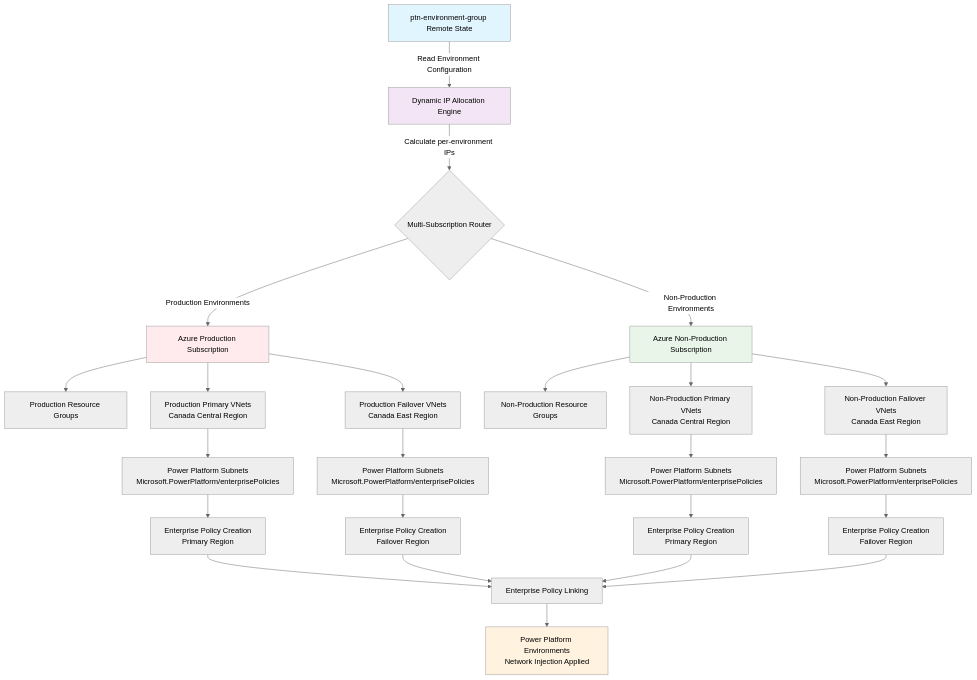
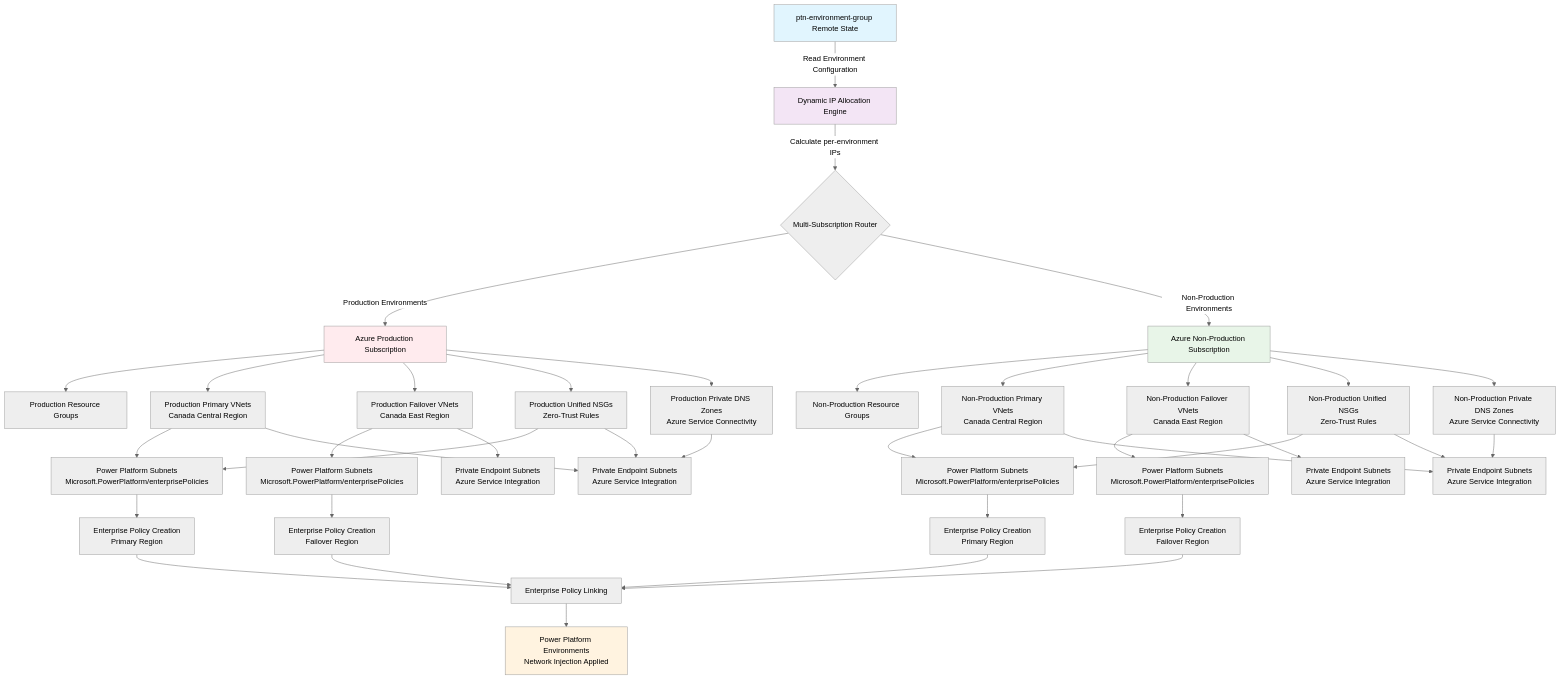
One commit to rpothin/ppcc25-terraform-power-platform-governance changed the first of 2 diagrams in configurations/ptn-azure-vnet-extension/_header.md. Above: the diagram before and after it, drawn with Mermaid (neutral theme). The commit also changed other lines of this file and 1 other file, not shown here.

Commit message:
feat: enhance documentation with zero-trust networking and private DNS zone details

````diff
--- a/configurations/ptn-azure-vnet-extension/_header.md
+++ b/configurations/ptn-azure-vnet-extension/_header.md
@@ -7,39 +7,56 @@
 ```mermaid
 graph TD
     A[ptn-environment-group Remote State] -->|"Read Environment Configuration"| B[Dynamic IP Allocation Engine]
     B -->|"Calculate per-environment IPs"| C{Multi-Subscription Router}
     
     C -->|"Production Environments"| D1[Azure Production Subscription]
     C -->|"Non-Production Environments"| D2[Azure Non-Production Subscription]
     
     D1 --> E1[Production Resource Groups]
     D1 --> F1[Production Primary VNets<br/>Canada Central Region]
     D1 --> G1[Production Failover VNets<br/>Canada East Region]
+    D1 --> N1[Production Unified NSGs<br/>Zero-Trust Rules]
+    D1 --> P1[Production Private DNS Zones<br/>Azure Service Connectivity]
     
     D2 --> E2[Non-Production Resource Groups]  
     D2 --> F2[Non-Production Primary VNets<br/>Canada Central Region]
     D2 --> G2[Non-Production Failover VNets<br/>Canada East Region]
+    D2 --> N2[Non-Production Unified NSGs<br/>Zero-Trust Rules]
+    D2 --> P2[Non-Production Private DNS Zones<br/>Azure Service Connectivity]
     
     F1 --> H1[Power Platform Subnets<br/>Microsoft.PowerPlatform/enterprisePolicies]
     F2 --> H2[Power Platform Subnets<br/>Microsoft.PowerPlatform/enterprisePolicies]
     G1 --> H3[Power Platform Subnets<br/>Microsoft.PowerPlatform/enterprisePolicies]
     G2 --> H4[Power Platform Subnets<br/>Microsoft.PowerPlatform/enterprisePolicies]
+    
+    F1 --> PE1[Private Endpoint Subnets<br/>Azure Service Integration]
+    F2 --> PE2[Private Endpoint Subnets<br/>Azure Service Integration]
+    G1 --> PE3[Private Endpoint Subnets<br/>Azure Service Integration]
+    G2 --> PE4[Private Endpoint Subnets<br/>Azure Service Integration]
+    
+    N1 --> H1
+    N1 --> PE1
+    N2 --> H2
+    N2 --> PE2
+    
+    P1 --> PE1
+    P2 --> PE2
     
     H1 --> I1[Enterprise Policy Creation<br/>Primary Region]
     H2 --> I2[Enterprise Policy Creation<br/>Primary Region]
     H3 --> I3[Enterprise Policy Creation<br/>Failover Region]
     H4 --> I4[Enterprise Policy Creation<br/>Failover Region]
     
     I1 --> J[Enterprise Policy Linking]
     I2 --> J
     I3 --> J
     I4 --> J
     
     J --> K[Power Platform Environments<br/>Network Injection Applied]
     
     style A fill:#e1f5fe
     style B fill:#f3e5f5
     style D1 fill:#ffebee
     style D2 fill:#e8f5e8
     style K fill:#fff3e0
 ```
````
